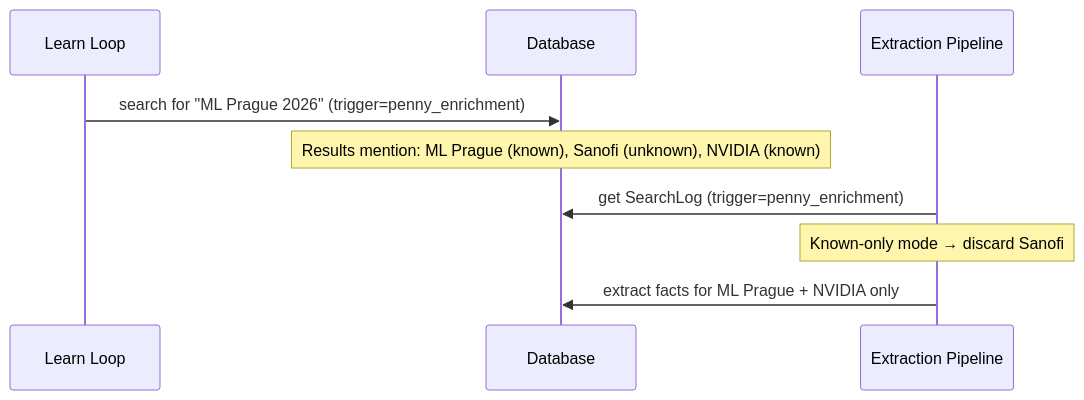
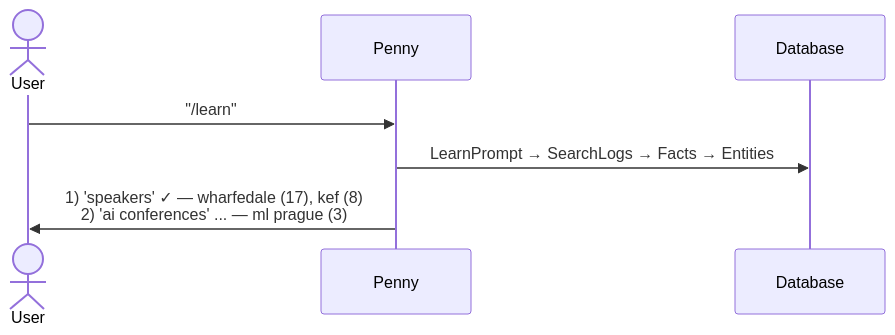
The sixth of 6 diagrams in docs/knowledge-system-flows.md (jaredlockhart/penny), drawn with Mermaid before and after one commit. The commit also changed other lines of this file, not shown here.

First line of the commit message:
docs: reorganize diagrams by system component

````diff
--- a/docs/knowledge-system-flows.md
+++ b/docs/knowledge-system-flows.md
@@ -166,13 +142,11 @@
 ```mermaid
 sequenceDiagram
-    participant LL as Learn Loop
+    actor User
+    participant Penny
     participant DB as Database
-    participant Extract as Extraction Pipeline
 
-    LL->>DB: search for "ML Prague 2026" (trigger=penny_enrichment)
-    Note over DB: Results mention: ML Prague (known), Sanofi (unknown), NVIDIA (known)
+    User->>Penny: "/learn"
+    Penny->>DB: LearnPrompt → SearchLogs → Facts → Entities
 
-    Extract->>DB: get SearchLog (trigger=penny_enrichment)
-    Note over Extract: Known-only mode → discard Sanofi
-    Extract->>DB: extract facts for ML Prague + NVIDIA only
+    Penny->>User: 1) 'speakers' ✓ — wharfedale (17), kef (8)<br/>2) 'ai conferences' ... — ml prague (3)
 ```
````
